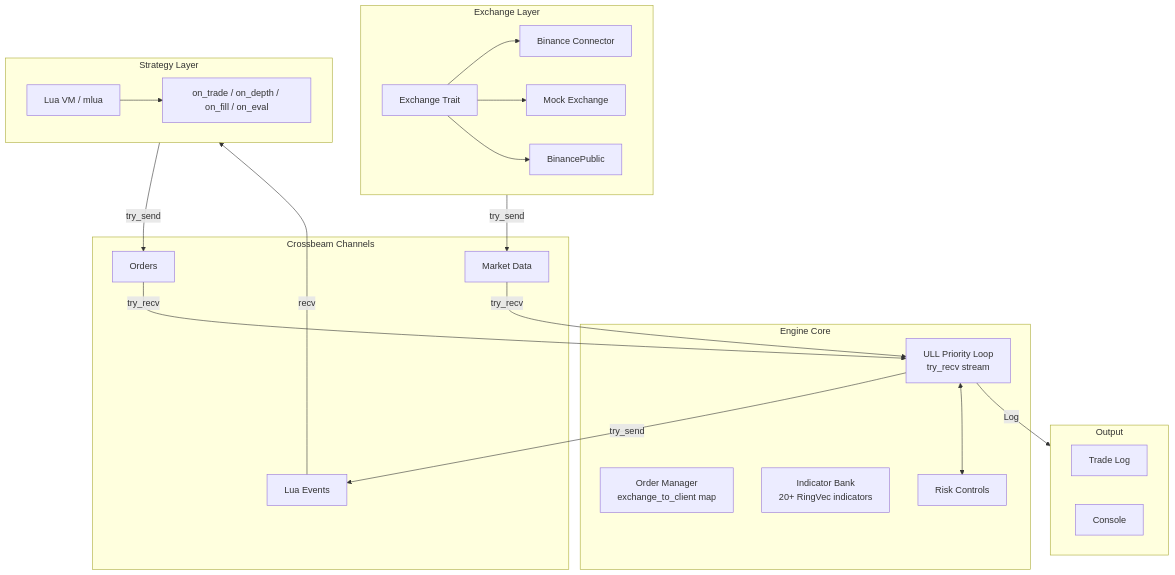
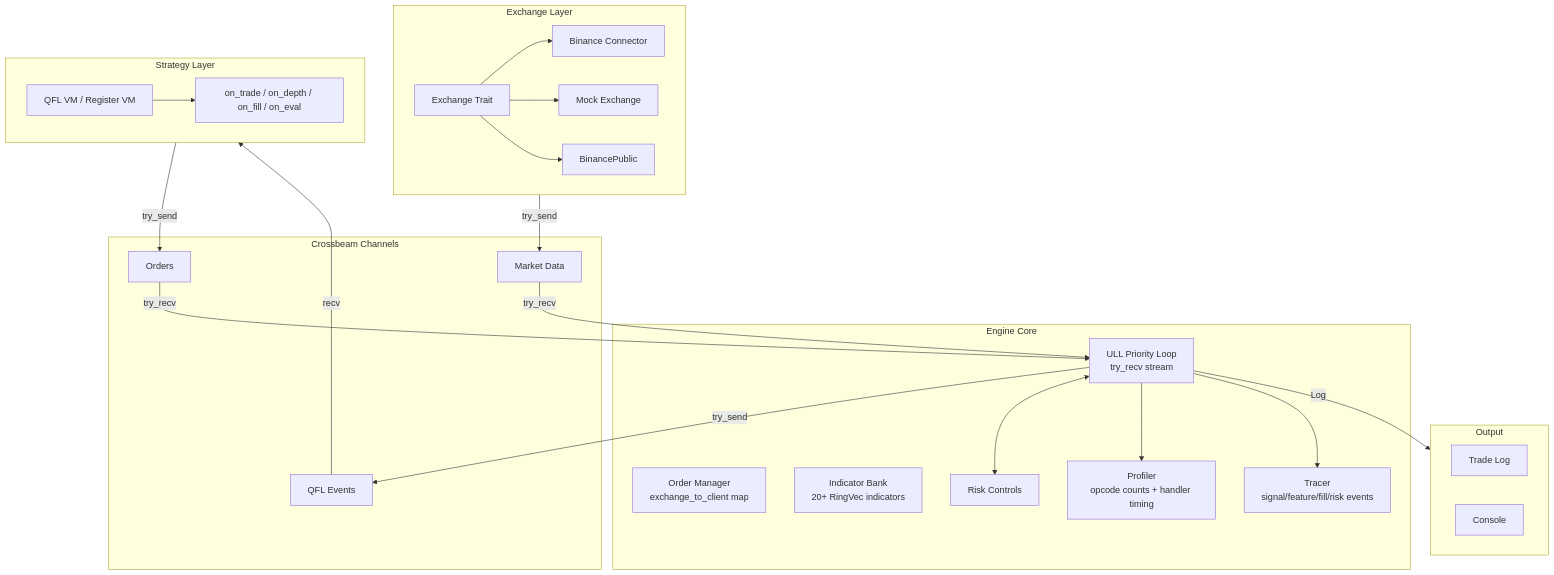
Before and after one commit to 0xitsss/quince: the first of 3 diagrams in README.md, drawn with Mermaid. The commit also changed other lines of this file and 15 other files, not shown here.

First line of the commit message:
Phase 4e: Tracing — signal/feature/fill/risk trace log (v0.3.6)

````diff
--- a/README.md
+++ b/README.md
@@ -16,45 +16,49 @@
 ```mermaid
 graph TB
     subgraph Exchange["Exchange Layer"]
         T[Exchange Trait]
         B[Binance Connector]
         M[Mock Exchange]
         P[BinancePublic]
         T --> B
         T --> M
         T --> P
     end
 
     subgraph Engine["Engine Core"]
         EL[ULL Priority Loop<br/>try_recv stream]
         OM[Order Manager<br/>exchange_to_client map]
         IB[Indicator Bank<br/>20+ RingVec indicators]
         RC[Risk Controls]
+        PR[Profiler<br/>opcode counts + handler timing]
+        TR[Tracer<br/>signal/feature/fill/risk events]
     end
 
     subgraph Strategy["Strategy Layer"]
-        L[Lua VM / mlua]
+        Q[QFL VM / Register VM]
         S[on_trade / on_depth / on_fill / on_eval]
-        L --> S
+        Q --> S
     end
 
     subgraph Channels["Crossbeam Channels"]
         MD[Market Data]
-        LE[Lua Events]
+        QE[QFL Events]
         OC[Orders]
     end
 
     subgraph Output["Output"]
         TL[Trade Log]
         CO[Console]
     end
 
     Exchange -- try_send --> MD
     MD -- try_recv --> EL
-    EL -- try_send --> LE
-    LE -- recv --> Strategy
+    EL -- try_send --> QE
+    QE -- recv --> Strategy
     Strategy -- try_send --> OC
     OC -- try_recv --> EL
     EL -- Log --> Output
     EL <--> RC
+    EL --> PR
+    EL --> TR
 ```
````
